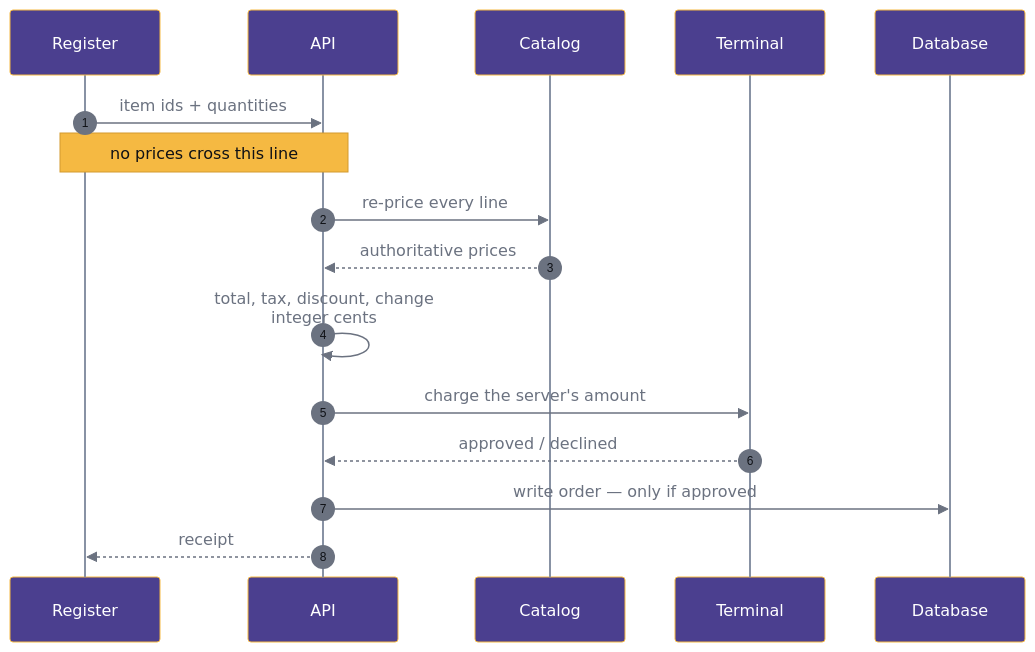
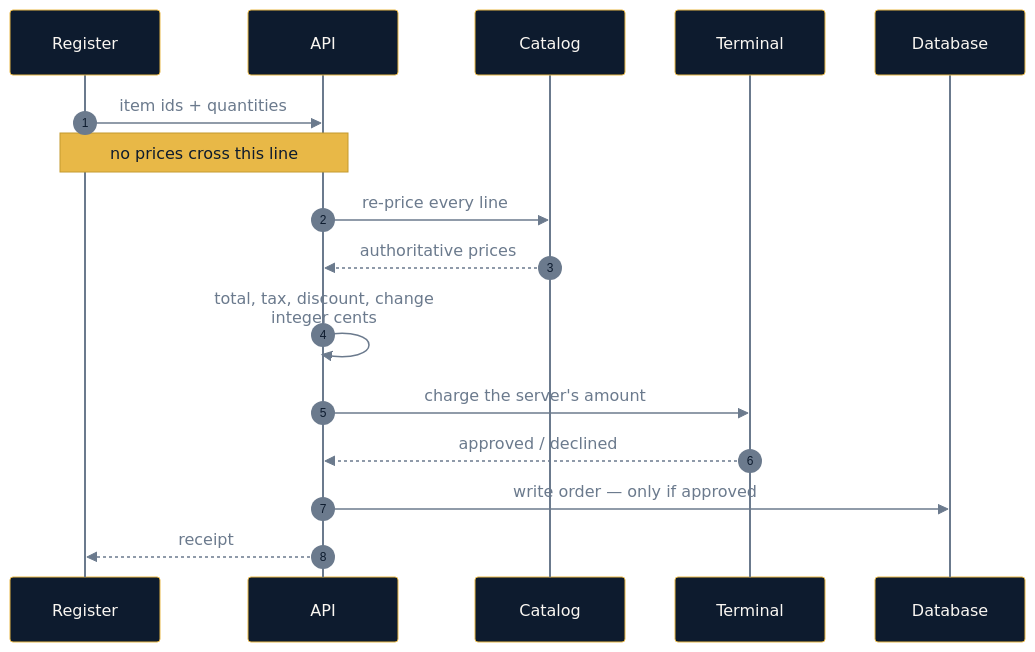
One commit to 24Skater/stewardpos changed the first of 2 diagrams in README.md. Above: the diagram before and after it, drawn with Mermaid. The commit also changed other lines of this file and 21 other files, not shown here.

````diff
--- a/README.md
+++ b/README.md
@@ -195,20 +195,20 @@
 ```mermaid
-%%{init: {"theme":"base","themeVariables":{"primaryColor":"#4B3F8F","primaryTextColor":"#FFFFFF","primaryBorderColor":"#F5B942","lineColor":"#F5B942","actorBkg":"#4B3F8F","actorTextColor":"#FFFFFF","actorBorder":"#F5B942","actorLineColor":"#8892A4","signalColor":"#6B7280","signalTextColor":"#6B7280","sequenceNumberColor":"#0F1115","noteBkgColor":"#F5B942","noteTextColor":"#0F1115","noteBorderColor":"#D39A2F","labelBoxBkgColor":"#F5B942","labelTextColor":"#0F1115"}}}%%
+%%{init: {"theme":"base","themeVariables":{"primaryColor":"#0D1B2E","primaryTextColor":"#FAF7F2","primaryBorderColor":"#E8B847","lineColor":"#E8B847","actorBkg":"#0D1B2E","actorTextColor":"#FAF7F2","actorBorder":"#E8B847","actorLineColor":"#6B7A8D","signalColor":"#6B7A8D","signalTextColor":"#6B7A8D","sequenceNumberColor":"#0D1B2E","noteBkgColor":"#E8B847","noteTextColor":"#0D1B2E","noteBorderColor":"#C49A2E","labelBoxBkgColor":"#E8B847","labelTextColor":"#0D1B2E"}}}%%
 sequenceDiagram
     autonumber
     participant R as Register
     participant A as API
     participant C as Catalog
     participant T as Terminal
     participant D as Database
 
     R->>A: item ids + quantities
     Note over R,A: no prices cross this line
     A->>C: re-price every line
     C-->>A: authoritative prices
     A->>A: total, tax, discount, change<br/>integer cents
     A->>T: charge the server's amount
     T-->>A: approved / declined
     A->>D: write order — only if approved
     A-->>R: receipt
 ```
````
